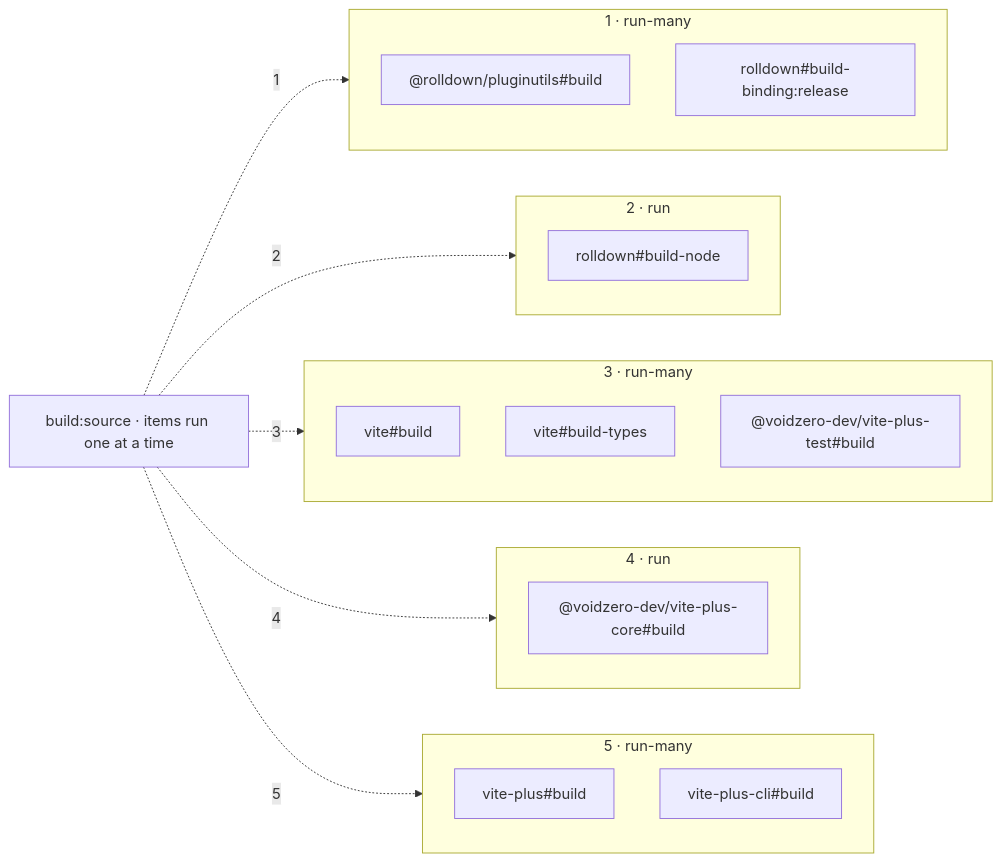
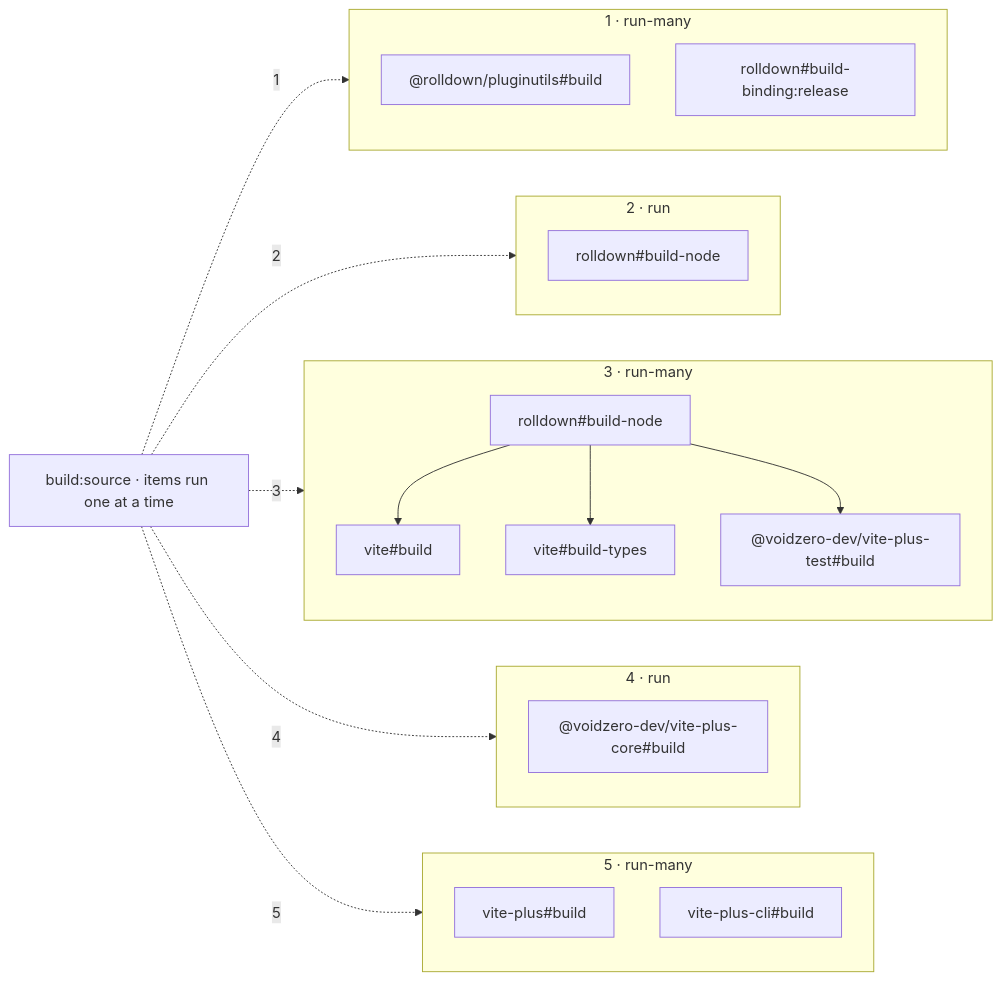
The fourth of 4 diagrams in docs/rfcs/run-many.md (RSS1102/vite-task), drawn with Mermaid before and after one commit. The commit also changed other lines of this file, not shown here.

Commit message:
docs(rfc): show rolldown#build-node reappearing across graphs, link #381

````diff
--- a/docs/rfcs/run-many.md
+++ b/docs/rfcs/run-many.md
@@ -112,36 +112,36 @@
 ```mermaid
 flowchart LR
   bs["build:source · items run one at a time"]
   bs -. 1 .-> S1
   bs -. 2 .-> S2
   bs -. 3 .-> S3
   bs -. 4 .-> S4
   bs -. 5 .-> S5
 
   subgraph S1["1 · run-many"]
     direction TB
     a1["@rolldown/pluginutils#build"]
     a2["rolldown#build-binding:release"]
   end
 
   subgraph S2["2 · run"]
     b1[rolldown#build-node]
   end
 
   subgraph S3["3 · run-many"]
     direction TB
-    c1[vite#build]
-    c2[vite#build-types]
-    c3["@voidzero-dev/vite-plus-test#build"]
+    rn3[rolldown#build-node] --> c1[vite#build]
+    rn3 --> c2[vite#build-types]
+    rn3 --> c3["@voidzero-dev/vite-plus-test#build"]
   end
 
   subgraph S4["4 · run"]
     d1["@voidzero-dev/vite-plus-core#build"]
   end
 
   subgraph S5["5 · run-many"]
     direction TB
     e1[vite-plus#build]
     e2[vite-plus-cli#build]
   end
 ```
````
